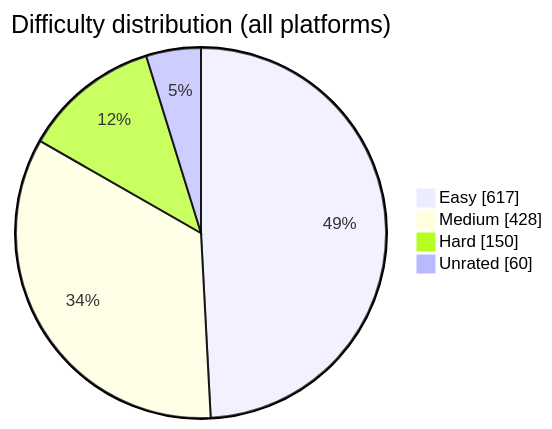
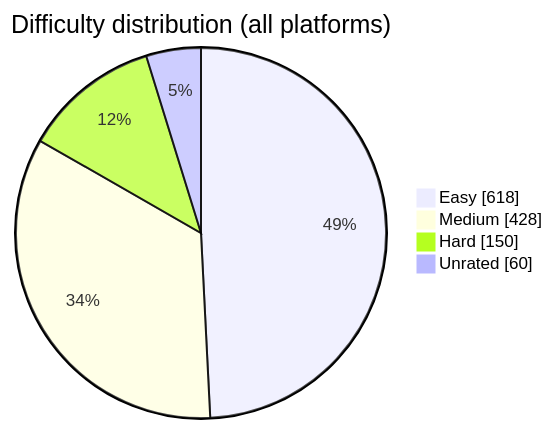
Before and after one commit to BuildbyArindam/Daily-Coding-Log: the diagram in README.md, drawn with Mermaid. The commit also changed other lines of this file, not shown here.

````diff
--- a/README.md
+++ b/README.md
@@ -93,7 +93,7 @@
 ```mermaid
 pie showData title Difficulty distribution (all platforms)
-    "Easy" : 617
+    "Easy" : 618
     "Medium" : 428
     "Hard" : 150
     "Unrated" : 60
 ```
````
